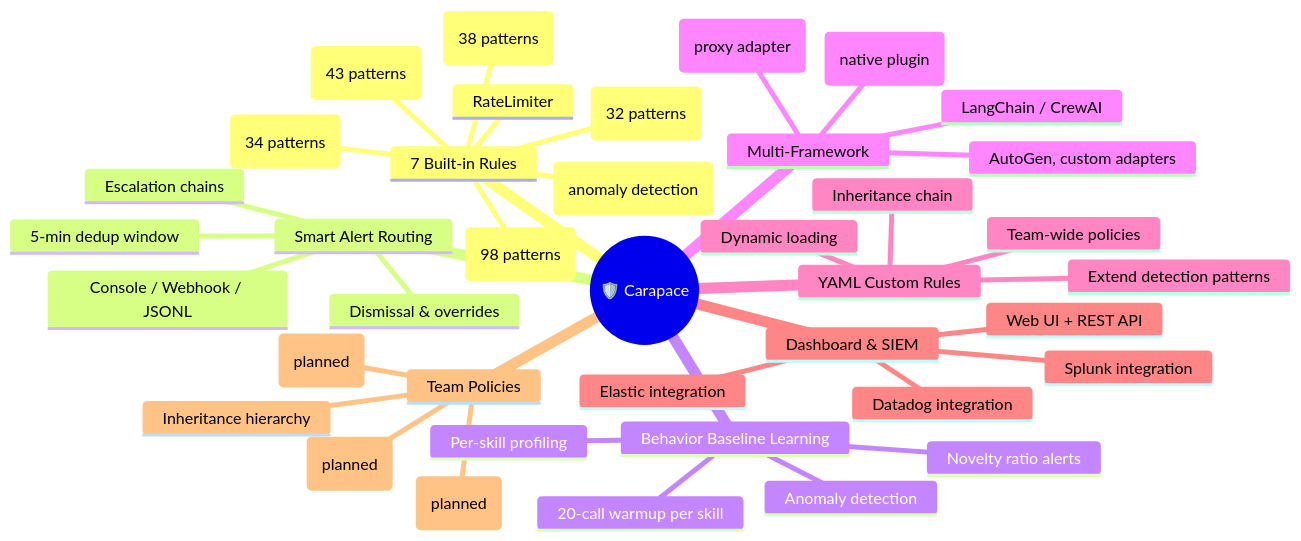
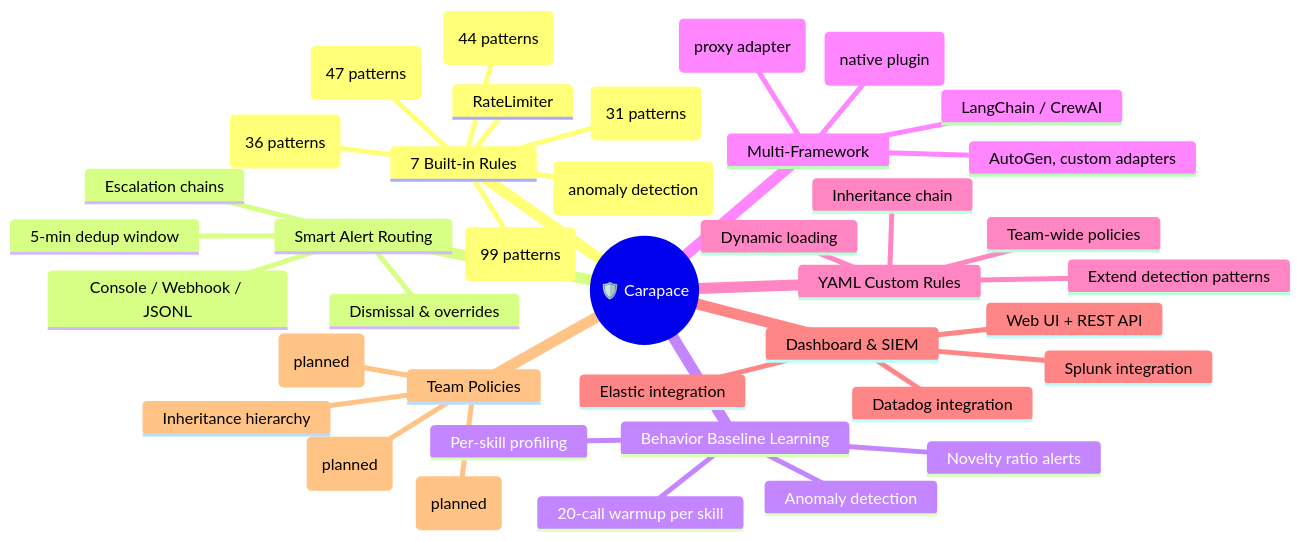
Before and after one commit to yeasy/carapace: the first of 4 diagrams in README.md, drawn with Mermaid. The commit also changed other lines of this file and 9 other files, not shown here.

````diff
--- a/README.md
+++ b/README.md
@@ -70,42 +70,42 @@
 ```mermaid
 mindmap
   root((🛡️ Carapace))
     7 Built-in Rules
-      ExecGuard (98 patterns)
-      PathGuard (43 patterns)
-      NetworkGuard (34 patterns)
+      ExecGuard (99 patterns)
+      PathGuard (47 patterns)
+      NetworkGuard (36 patterns)
       RateLimiter
-      PromptInjection (32 patterns)
-      DataExfil (38 patterns)
+      PromptInjection (31 patterns)
+      DataExfil (44 patterns)
       BaselineDrift (anomaly detection)
     Smart Alert Routing
       5-min dedup window
       Escalation chains
       Dismissal & overrides
       Console / Webhook / JSONL
     Behavior Baseline Learning
       20-call warmup per skill
       Per-skill profiling
       Anomaly detection
       Novelty ratio alerts
     Multi-Framework
       OpenClaw (native plugin)
       MCP (proxy adapter)
       LangChain / CrewAI
       AutoGen, custom adapters
     YAML Custom Rules
       Extend detection patterns
       Team-wide policies
       Inheritance chain
       Dynamic loading
     Dashboard & SIEM
       Web UI + REST API
       Splunk integration
       Elastic integration
       Datadog integration
     Team Policies
       Inheritance hierarchy
       Role-based access (planned)
       Policy versioning (planned)
       Audit logging (planned)
 ```
````
